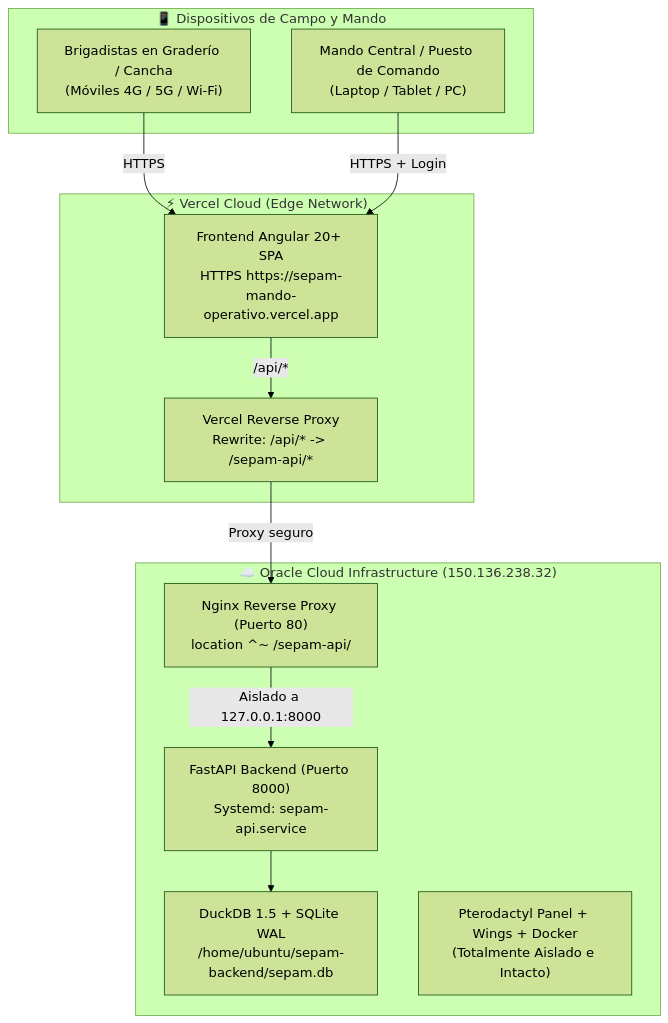
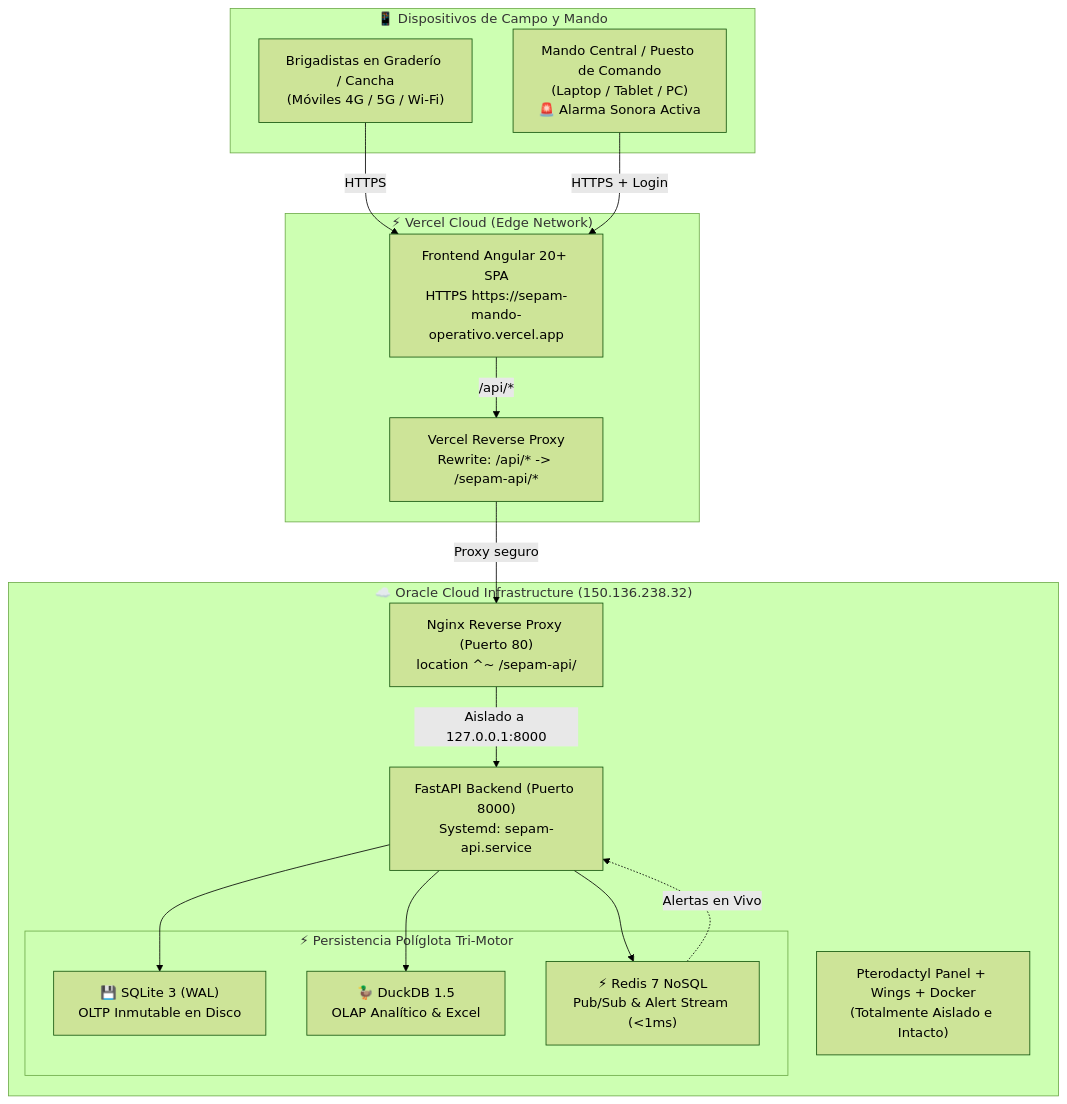
One commit to PeterPandaDeveloper/sepam-mando-operativo changed the diagram in README.md. Above: the diagram before and after it, drawn with Mermaid (forest theme). The commit also changed other lines of this file and 6 other files, not shown here.

Commit message:
feat(polyglot): arquitectura tri-motor con Redis 7 NoSQL, DuckDB 1.5 y SQLite WAL

````diff
--- a/README.md
+++ b/README.md
@@ -23,27 +24,35 @@
 ```mermaid
 flowchart TD
     subgraph Clientes ["📱 Dispositivos de Campo y Mando"]
         Brigadistas["Brigadistas en Graderío / Cancha\n(Móviles 4G / 5G / Wi-Fi)"]
-        Mando["Mando Central / Puesto de Comando\n(Laptop / Tablet / PC)"]
+        Mando["Mando Central / Puesto de Comando\n(Laptop / Tablet / PC)\n🚨 Alarma Sonora Activa"]
     end
 
     subgraph Vercel ["⚡ Vercel Cloud (Edge Network)"]
         Frontend["Frontend Angular 20+ SPA\nHTTPS https://sepam-mando-operativo.vercel.app"]
         VercelProxy["Vercel Reverse Proxy\nRewrite: /api/* -> /sepam-api/*"]
     end
 
     subgraph Oracle ["☁️ Oracle Cloud Infrastructure (150.136.238.32)"]
         Nginx["Nginx Reverse Proxy (Puerto 80)\nlocation ^~ /sepam-api/"]
         FastAPI["FastAPI Backend (Puerto 8000)\nSystemd: sepam-api.service"]
-        DuckDB["DuckDB 1.5 + SQLite WAL\n/home/ubuntu/sepam-backend/sepam.db"]
+        
+        subgraph Motores ["⚡ Persistencia Políglota Tri-Motor"]
+            SQLite["💾 SQLite 3 (WAL)\nOLTP Inmutable en Disco"]
+            DuckDB["🦆 DuckDB 1.5\nOLAP Analítico & Excel"]
+            Redis["⚡ Redis 7 NoSQL\nPub/Sub & Alert Stream (<1ms)"]
+        end
         
         Pterodactyl["Pterodactyl Panel + Wings + Docker\n(Totalmente Aislado e Intacto)"]
     end
 
     Brigadistas -->|HTTPS| Frontend
     Mando -->|HTTPS + Login| Frontend
     Frontend -->|/api/*| VercelProxy
     VercelProxy -->|Proxy seguro| Nginx
     Nginx -->|Aislado a 127.0.0.1:8000| FastAPI
+    FastAPI --> SQLite
     FastAPI --> DuckDB
+    FastAPI --> Redis
+    Redis -.->|Alertas en Vivo| FastAPI
 ```
````
